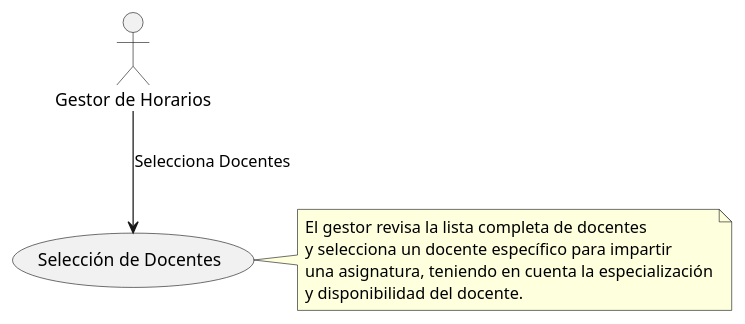
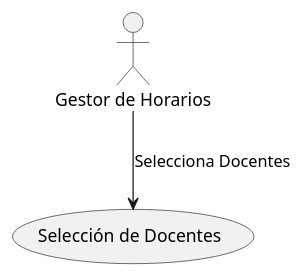
Before and after one commit to mmasias/23-24-IdSw1-SDR: the diagram in Casos de Uso/Seleccion de docentes.puml, drawn with PlantUML.

Commit message:
Cambiando caso de uso Seleccion de docentes

```diff
--- a/Casos de Uso/Seleccion de docentes.puml
+++ b/Casos de Uso/Seleccion de docentes.puml
@@ -1,11 +1,5 @@
 @startuml
 actor "Gestor de Horarios" as A
 usecase "Selección de Docentes" as UC2
 A --> UC2 : Selecciona Docentes
-note right of UC2
-  El gestor revisa la lista completa de docentes
-  y selecciona un docente específico para impartir
-  una asignatura, teniendo en cuenta la especialización
-  y disponibilidad del docente.
-end note
 @enduml
```
